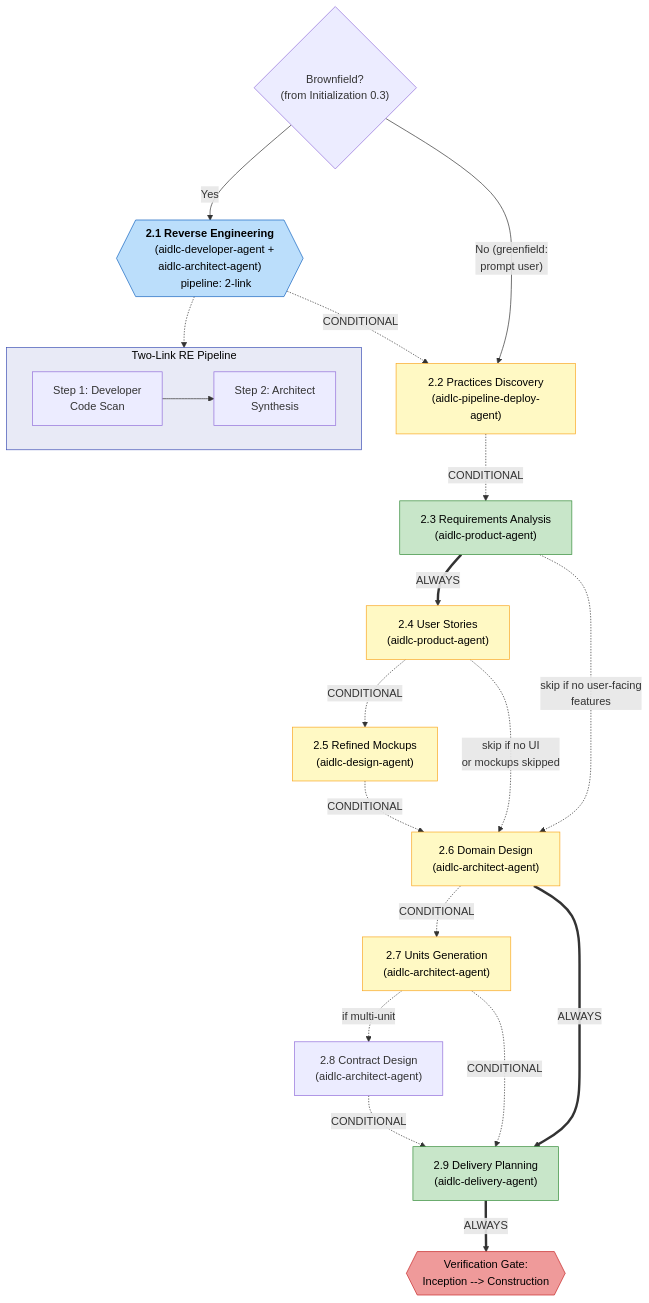
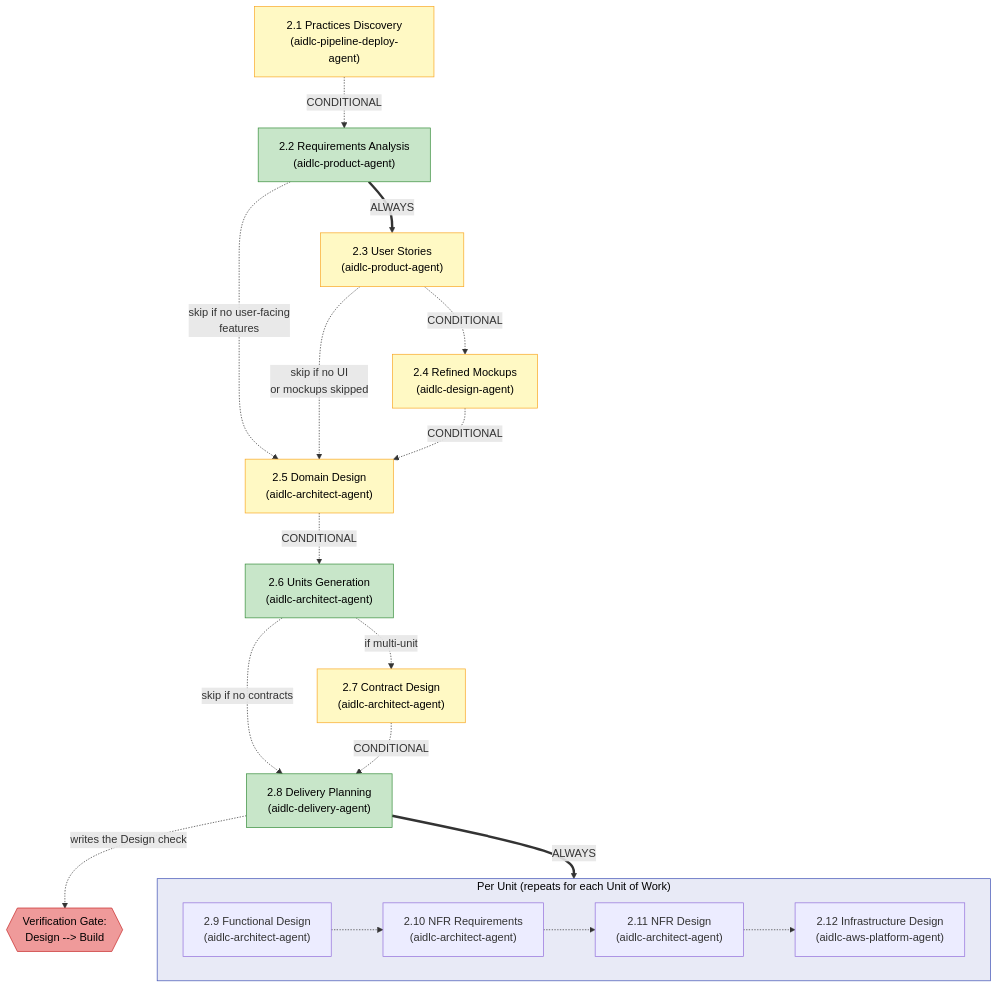
Before and after one commit to devsoftx/aidlc-workflows: the third of 12 diagrams in docs/reference/diagrams.md, drawn with Mermaid. The commit also changed other lines of this file and 34 other files, not shown here.

````diff
--- a/docs/reference/diagrams.md
+++ b/docs/reference/diagrams.md
@@ -110,51 +135,46 @@
 ```mermaid
 flowchart TD
-    S21{{"`**2.1 Reverse Engineering**<br/>    (aidlc-developer-agent + aidlc-architect-agent)<br/>    pipeline: 2-link`"}}
-    S22a["2.2 Practices Discovery\n(aidlc-pipeline-deploy-agent)"]
-    S22["2.3 Requirements Analysis\n(aidlc-product-agent)"]
-    S23["2.4 User Stories\n(aidlc-product-agent)"]
-    S24["2.5 Refined Mockups\n(aidlc-design-agent)"]
-    S25["2.6 Domain Design\n(aidlc-architect-agent)"]
-    S26["2.7 Units Generation\n(aidlc-architect-agent)"]
-    S28["2.8 Contract Design\n(aidlc-architect-agent)"]
-    S27["2.9 Delivery Planning\n(aidlc-delivery-agent)"]
-    VG2{{"Verification Gate:\nInception --> Construction"}}
+    S21["2.1 Practices Discovery\n(aidlc-pipeline-deploy-agent)"]
+    S22["2.2 Requirements Analysis\n(aidlc-product-agent)"]
+    S23["2.3 User Stories\n(aidlc-product-agent)"]
+    S24["2.4 Refined Mockups\n(aidlc-design-agent)"]
+    S25["2.5 Domain Design\n(aidlc-architect-agent)"]
+    S26["2.6 Units Generation\n(aidlc-architect-agent)"]
+    S27["2.7 Contract Design\n(aidlc-architect-agent)"]
+    S28["2.8 Delivery Planning\n(aidlc-delivery-agent)"]
+    VG2{{"Verification Gate:\nDesign --> Build"}}
 
-    BF_CHECK{"Brownfield?\n(from Initialization 0.3)"}
-    BF_CHECK -->|Yes| S21
-    BF_CHECK -->|"No (greenfield:\nprompt user)"| S22a
-    S21 -.->|CONDITIONAL| S22a
-    S22a -.->|CONDITIONAL| S22
-
-    subgraph RE_DETAIL["Two-Link RE Pipeline"]
-        direction LR
-        DEV_SCAN["Step 1: Developer\nCode Scan"]
-        ARCH_SYNTH["Step 2: Architect\nSynthesis"]
-        DEV_SCAN --> ARCH_SYNTH
+    subgraph PER_UNIT["Per Unit (repeats for each Unit of Work)"]
+        S29["2.9 Functional Design\n(aidlc-architect-agent)"]
+        S210["2.10 NFR Requirements\n(aidlc-architect-agent)"]
+        S211["2.11 NFR Design\n(aidlc-architect-agent)"]
+        S212["2.12 Infrastructure Design\n(aidlc-aws-platform-agent)"]
+        S29 -.-> S210
+        S210 -.-> S211
+        S211 -.-> S212
     end
 
-    S21 -.-> RE_DETAIL
-
+    S21 -.->|CONDITIONAL| S22
     S22 ==>|ALWAYS| S23
     S22 -.->|"skip if no user-facing\nfeatures"| S25
     S23 -.->|CONDITIONAL| S24
     S23 -.->|"skip if no UI\nor mockups skipped"| S25
     S24 -.->|CONDITIONAL| S25
     S25 -.->|CONDITIONAL| S26
-    S25 ==>|ALWAYS| S27
-    S26 -.->|"if multi-unit"| S28
-    S26 -.->|CONDITIONAL| S27
-    S28 -.->|CONDITIONAL| S27
-    S27 ==>|ALWAYS| VG2
+    S26 -.->|"if multi-unit"| S27
+    S26 -.->|"skip if no contracts"| S28
+    S27 -.->|CONDITIONAL| S28
+    S28 ==>|ALWAYS| PER_UNIT
+    S28 -.->|"writes the Design check"| VG2
 
-    style S21 fill:#bbdefb,stroke:#1565c0,color:#000
     style S22 fill:#c8e6c9,stroke:#388e3c,color:#000
-    style S27 fill:#c8e6c9,stroke:#388e3c,color:#000
-    style S22a fill:#fff9c4,stroke:#f9a825,color:#000
+    style S26 fill:#c8e6c9,stroke:#388e3c,color:#000
+    style S28 fill:#c8e6c9,stroke:#388e3c,color:#000
+    style S21 fill:#fff9c4,stroke:#f9a825,color:#000
     style S23 fill:#fff9c4,stroke:#f9a825,color:#000
     style S24 fill:#fff9c4,stroke:#f9a825,color:#000
     style S25 fill:#fff9c4,stroke:#f9a825,color:#000
-    style S26 fill:#fff9c4,stroke:#f9a825,color:#000
+    style S27 fill:#fff9c4,stroke:#f9a825,color:#000
     style VG2 fill:#ef9a9a,stroke:#c62828,color:#000
-    style RE_DETAIL fill:#e8eaf6,stroke:#3f51b5,color:#000
+    style PER_UNIT fill:#e8eaf6,stroke:#3f51b5,color:#000
 ```
````
